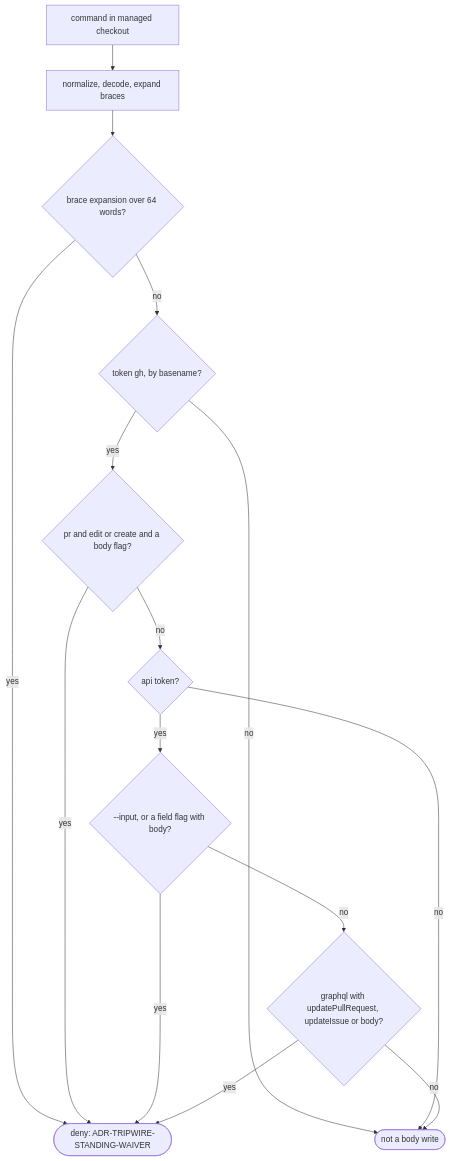
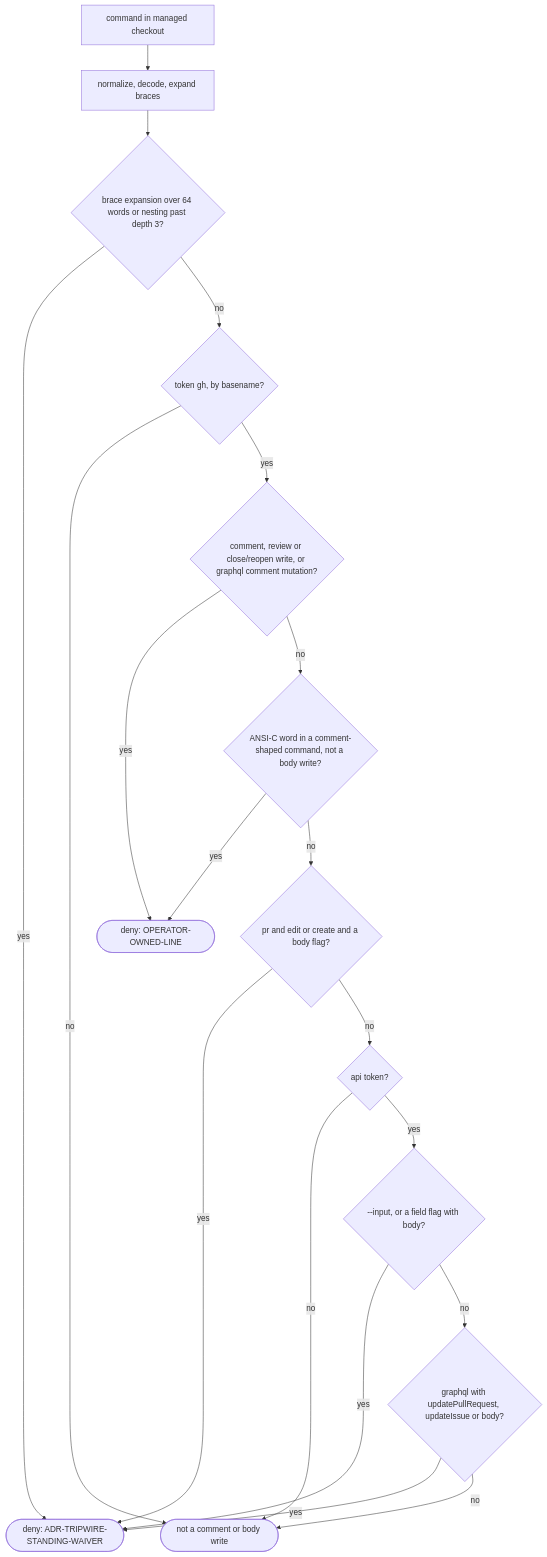
One commit to mfittko/dev-loops changed the fifth of 16 diagrams in docs/atlas/09-hooks-and-guards.md. Above: the diagram before and after it, drawn with Mermaid. The commit also changed other lines of this file, not shown here.

````diff
--- a/docs/atlas/09-hooks-and-guards.md
+++ b/docs/atlas/09-hooks-and-guards.md
@@ -172,17 +187,21 @@
 ```mermaid
 flowchart TD
   C["command in managed checkout"] --> N["normalize, decode, expand braces"]
-  N --> CAP{"brace expansion over 64 words?"}
+  N --> CAP{"brace expansion over 64 words or nesting past depth 3?"}
   CAP -- yes --> D(["deny: ADR-TRIPWIRE-STANDING-WAIVER"])
   CAP -- no --> GH{"token gh, by basename?"}
-  GH -- no --> A(["not a body write"])
-  GH -- yes --> PR{"pr and edit or create and a body flag?"}
+  GH -- no --> A(["not a comment or body write"])
+  GH -- yes --> CM{"comment, review or close/reopen write, or graphql comment mutation?"}
+  CM -- yes --> DC(["deny: OPERATOR-OWNED-LINE"])
+  CM -- no --> AN{"ANSI-C word in a comment-shaped command, not a body write?"}
+  AN -- yes --> DC
+  AN -- no --> PR{"pr and edit or create and a body flag?"}
   PR -- yes --> D
   PR -- no --> API{"api token?"}
   API -- no --> A
   API -- yes --> IN{"--input, or a field flag with body?"}
   IN -- yes --> D
   IN -- no --> GQ{"graphql with updatePullRequest, updateIssue or body?"}
   GQ -- yes --> D
   GQ -- no --> A
 ```
````
